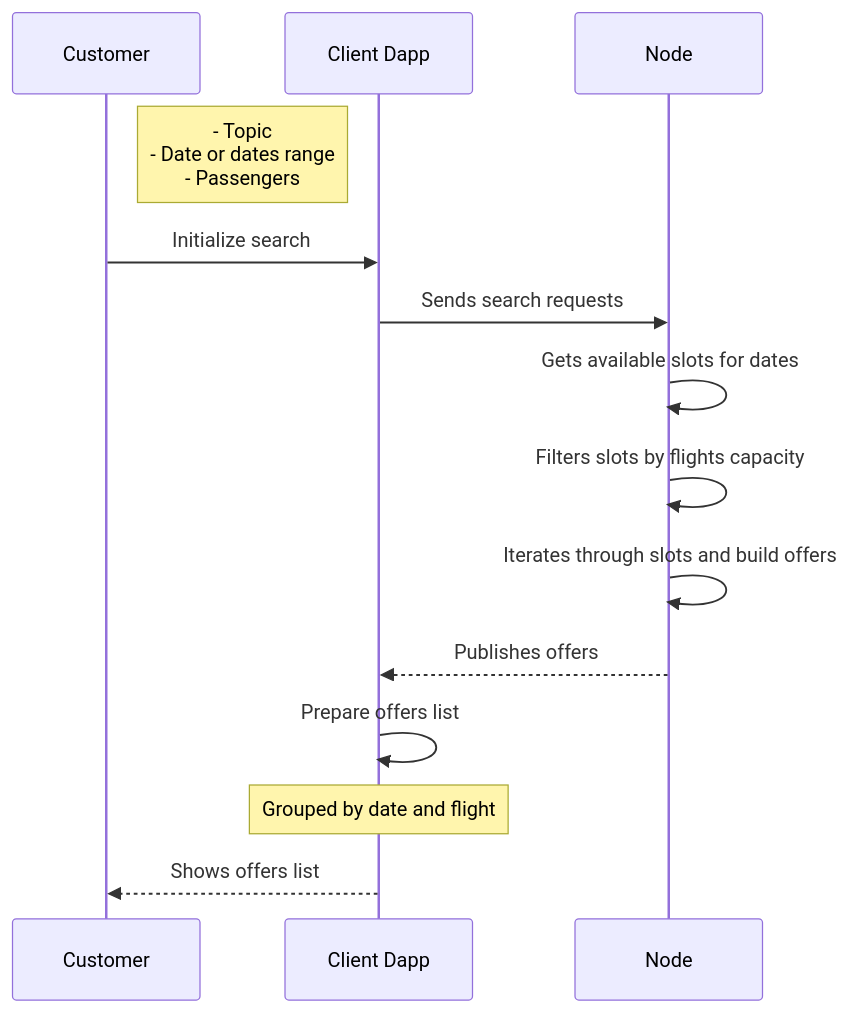
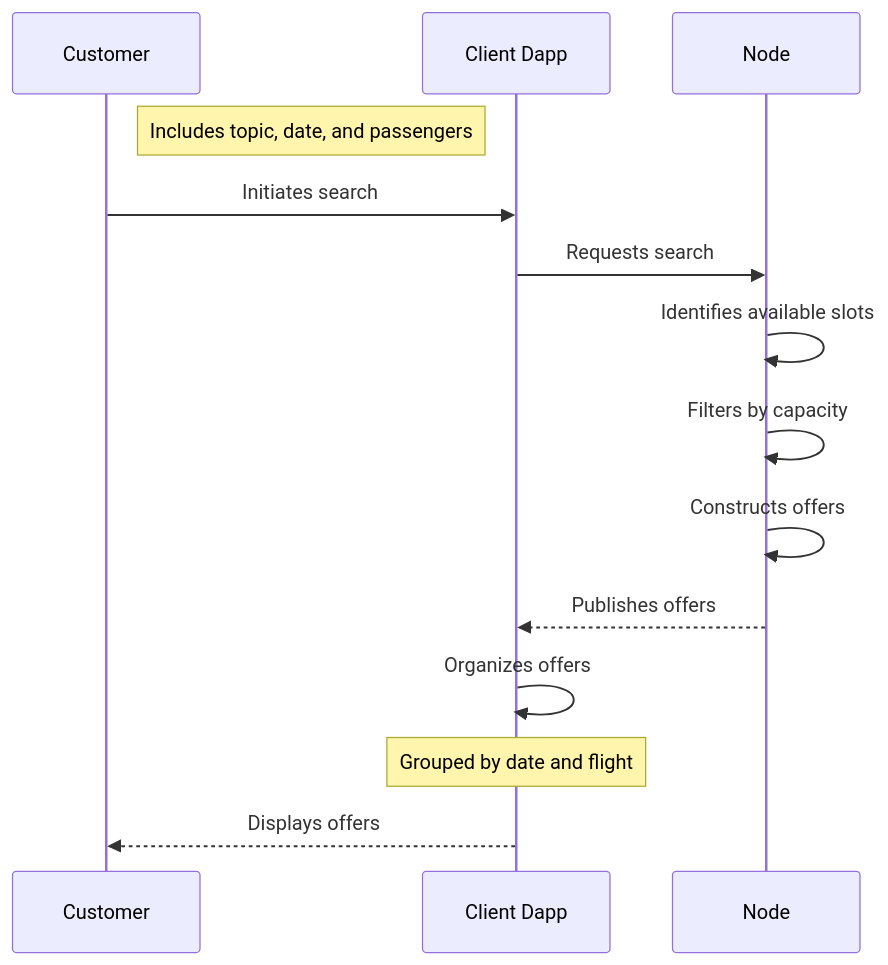
The ninth of 14 diagrams in docs/architecture.md (windingtree/mvp), drawn with Mermaid before and after one commit. The commit also changed other lines of this file and 1 other file, not shown here.

Commit message:
docs: ✏️ Added the MVP architecture document

````diff
--- a/docs/architecture.md
+++ b/docs/architecture.md
@@ -358,17 +312,17 @@
 ```mermaid
 sequenceDiagram
   participant customer as Customer
   participant client as Client Dapp
   participant node as Node
 
-  Note left of client: - Topic<br>- Date or dates range<br>- Passengers
-  customer->>client: Initialize search
-  client->>node: Sends search requests
-  node->>node: Gets available slots for dates
-  node->>node: Filters slots by flights capacity
-  node->>node: Iterates through slots and build offers
+  Note left of client: Includes topic, date, and passengers
+  customer->>client: Initiates search
+  client->>node: Requests search
+  node->>node: Identifies available slots
+  node->>node: Filters by capacity
+  node->>node: Constructs offers
   node-->>client: Publishes offers
-  client->>client: Prepare offers list
+  client->>client: Organizes offers
   Note over client: Grouped by date and flight
-  client-->>customer: Shows offers list
+  client-->>customer: Displays offers
 ```
````
